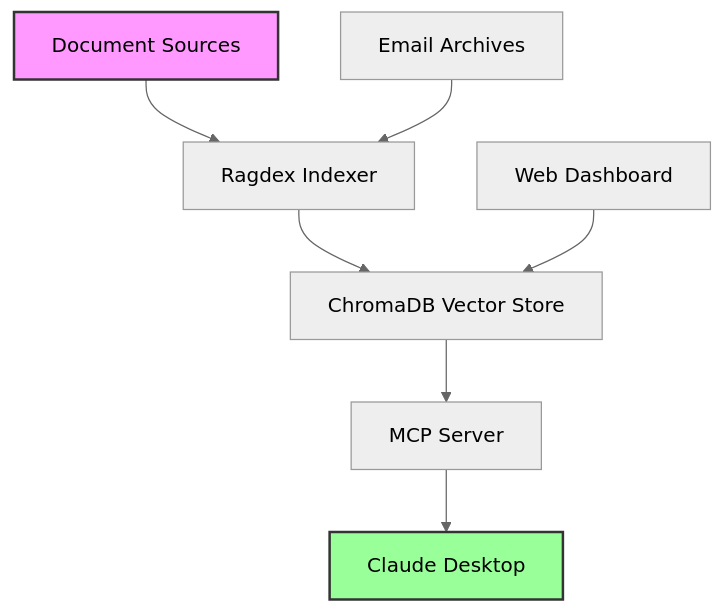
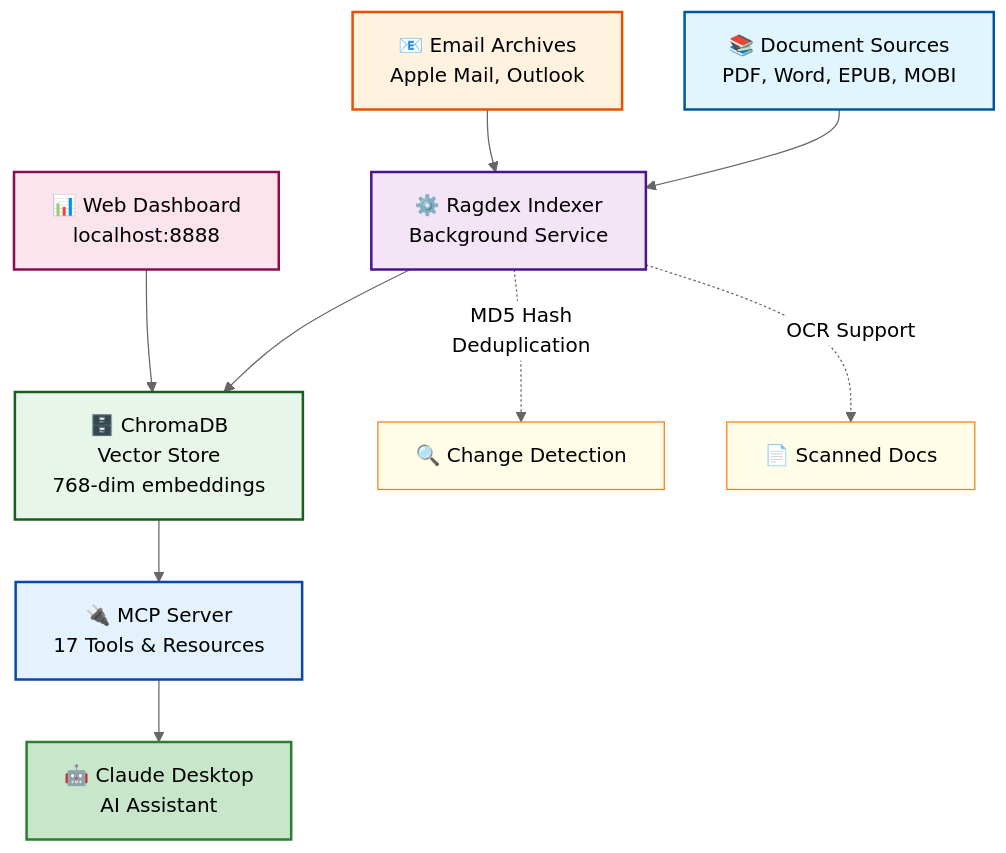
The diagram in README.md (hpoliset/PersonalDocLibraryRAGMCP), drawn with Mermaid (neutral theme) before and after one commit. The commit also changed other lines of this file and 6 other files, not shown here.

First line of the commit message:
Update repository references from DocumentIndexerMCP to ragdex

````diff
--- a/README.md
+++ b/README.md
@@ -358,13 +358,23 @@
 ```mermaid
 graph TD
-    A[Document Sources] --> B[Ragdex Indexer]
-    B --> C[ChromaDB Vector Store]
-    C --> D[MCP Server]
-    D --> E[Claude Desktop]
+    A[📚 Document Sources<br/>PDF, Word, EPUB, MOBI] --> B[⚙️ Ragdex Indexer<br/>Background Service]
+    B --> C[🗄️ ChromaDB<br/>Vector Store<br/>768-dim embeddings]
+    C --> D[🔌 MCP Server<br/>17 Tools & Resources]
+    D --> E[🤖 Claude Desktop<br/>AI Assistant]
 
-    F[Email Archives] --> B
-    G[Web Dashboard] --> C
+    F[📧 Email Archives<br/>Apple Mail, Outlook] --> B
+    G[📊 Web Dashboard<br/>localhost:8888] --> C
 
-    style A fill:#f9f,stroke:#333,stroke-width:2px
-    style E fill:#9f9,stroke:#333,stroke-width:2px
+    B -.->|MD5 Hash<br/>Deduplication| H[🔍 Change Detection]
+    B -.->|OCR Support| I[📄 Scanned Docs]
+
+    style A fill:#e1f5fe,stroke:#01579b,stroke-width:2px,color:#000
+    style E fill:#c8e6c9,stroke:#2e7d32,stroke-width:2px,color:#000
+    style F fill:#fff3e0,stroke:#e65100,stroke-width:2px,color:#000
+    style G fill:#fce4ec,stroke:#880e4f,stroke-width:2px,color:#000
+    style B fill:#f3e5f5,stroke:#4a148c,stroke-width:2px,color:#000
+    style C fill:#e8f5e9,stroke:#1b5e20,stroke-width:2px,color:#000
+    style D fill:#e3f2fd,stroke:#0d47a1,stroke-width:2px,color:#000
+    style H fill:#fffde7,stroke:#f57f17,stroke-width:1px,color:#000
+    style I fill:#fffde7,stroke:#f57f17,stroke-width:1px,color:#000
 ```
````
